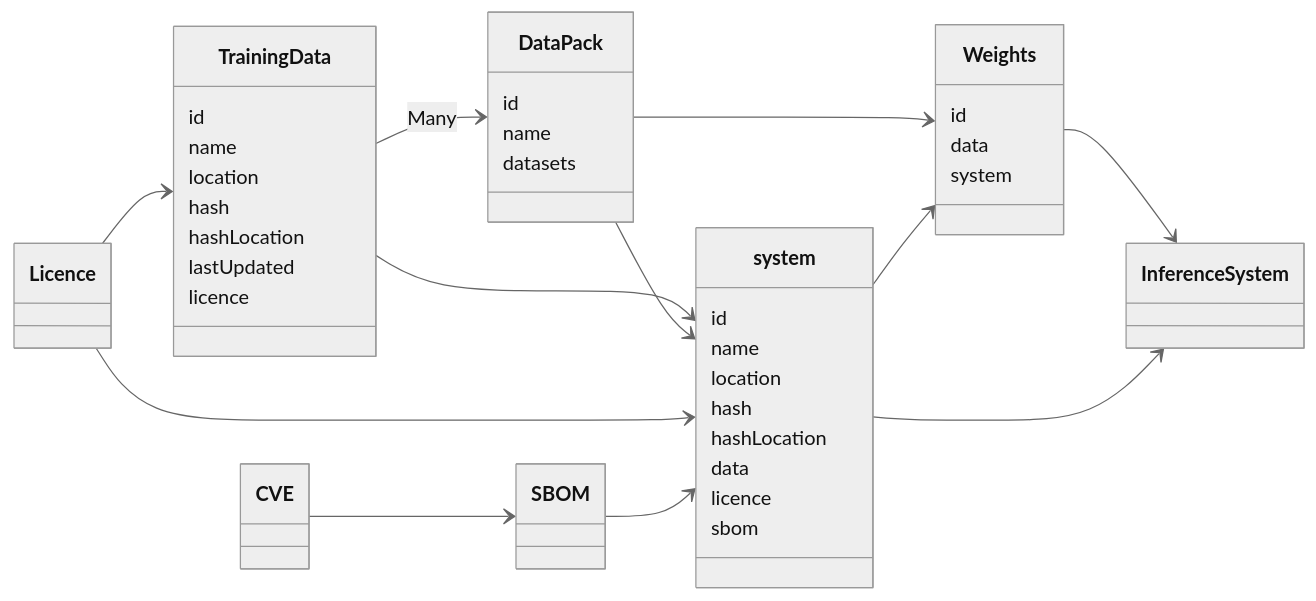
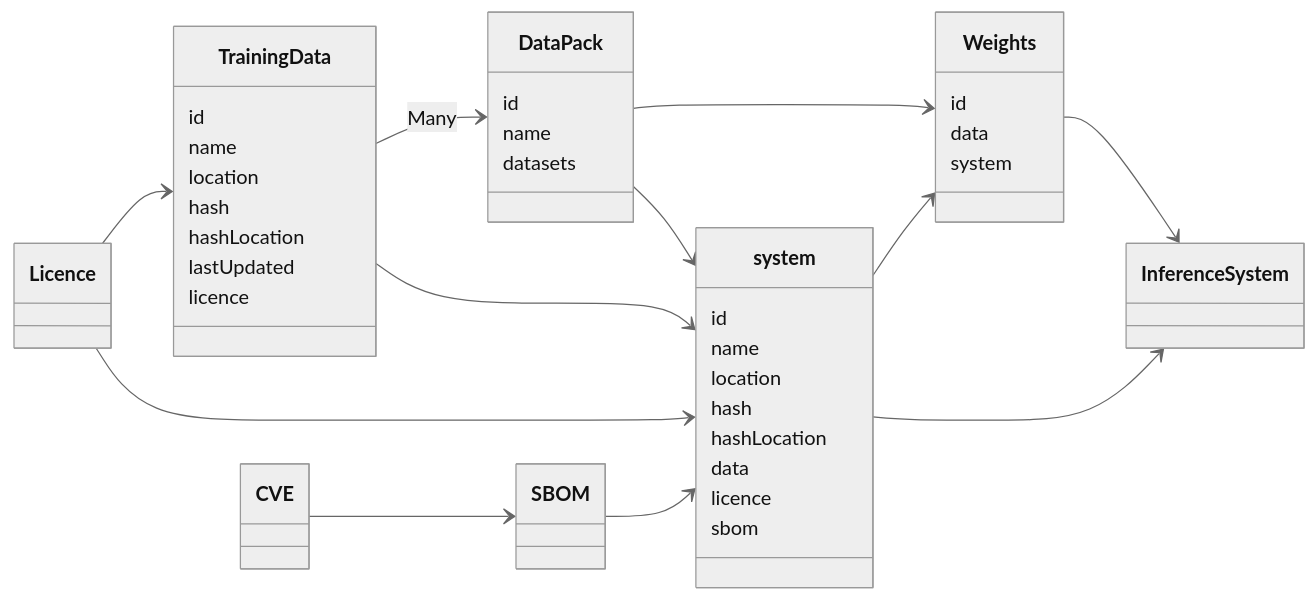
Before and after one commit to nqminds/Trusted-AI-BOM: the diagram in packages/docusaurus/docs/working-docs/30-requirements-and-design/30-requirements-and-design.md, drawn with Mermaid (neutral theme). The commit also changed other lines of this file, not shown here.

````diff
--- a/packages/docusaurus/docs/working-docs/30-requirements-and-design/30-requirements-and-design.md
+++ b/packages/docusaurus/docs/working-docs/30-requirements-and-design/30-requirements-and-design.md
@@ -7,64 +7,64 @@
 ```mermaid
 
 classDiagram 
     direction LR
 
     class DataPack {
         id
         name
         datasets
     }
 
     class TrainingData{
         id
         name
         location
         hash
         hashLocation
         lastUpdated
         licence
     }
 
     class Licence{
     }
 
     class CVE{
     }
 
     class SBOM {
     }
 
     class system {
         id
         name
         location
         hash
         hashLocation
         data
         licence
         sbom
     }
 
 
     class InferenceSystem{
     }
     
     class Weights{
         id
         data
         system
     }
 
     TrainingData  -->  DataPack: Many
+    DataPack --> system
     TrainingData --> system
-    DataPack --> system
     DataPack --> Weights
     Weights --> InferenceSystem
     system --> Weights
     system --> InferenceSystem
     Licence --> system
     Licence --> TrainingData
     CVE --> SBOM
     SBOM --> system
 
 ```
````
